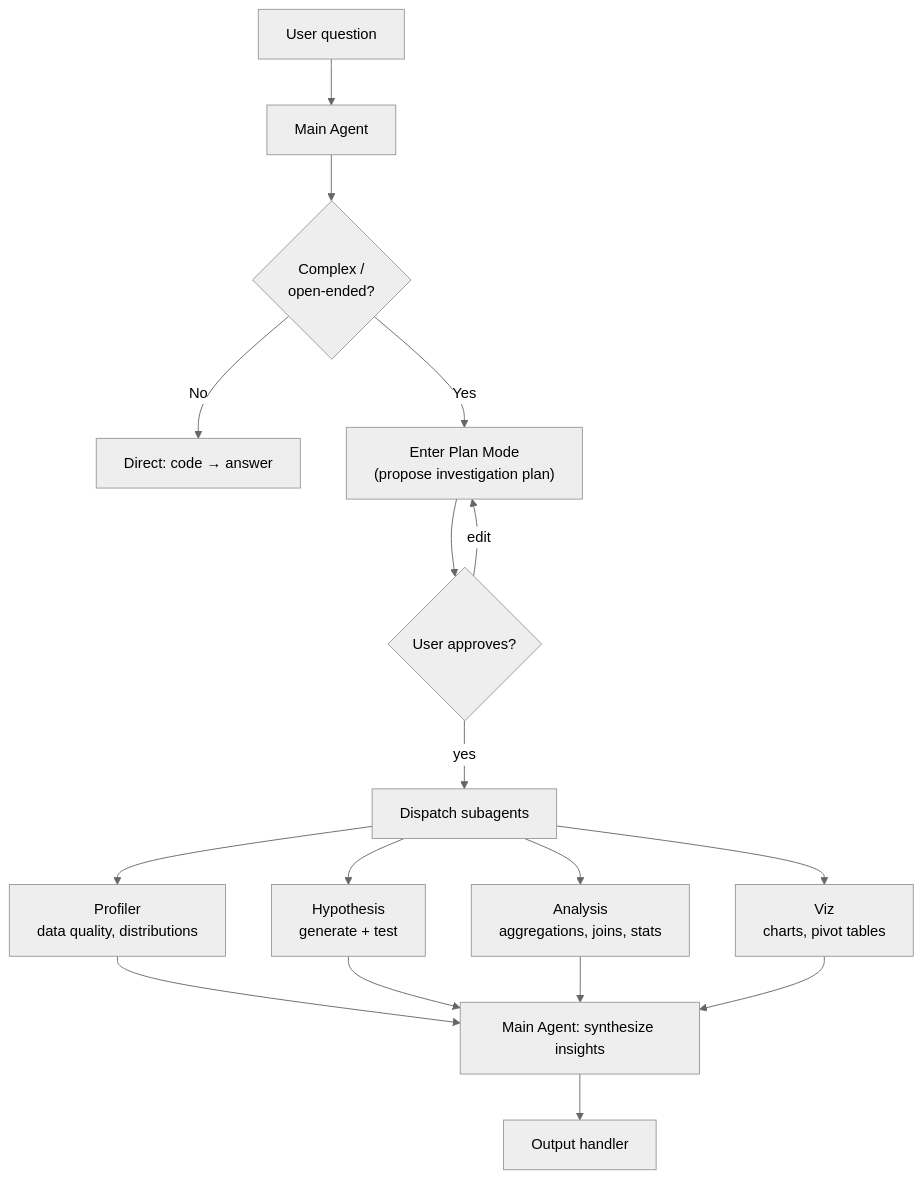
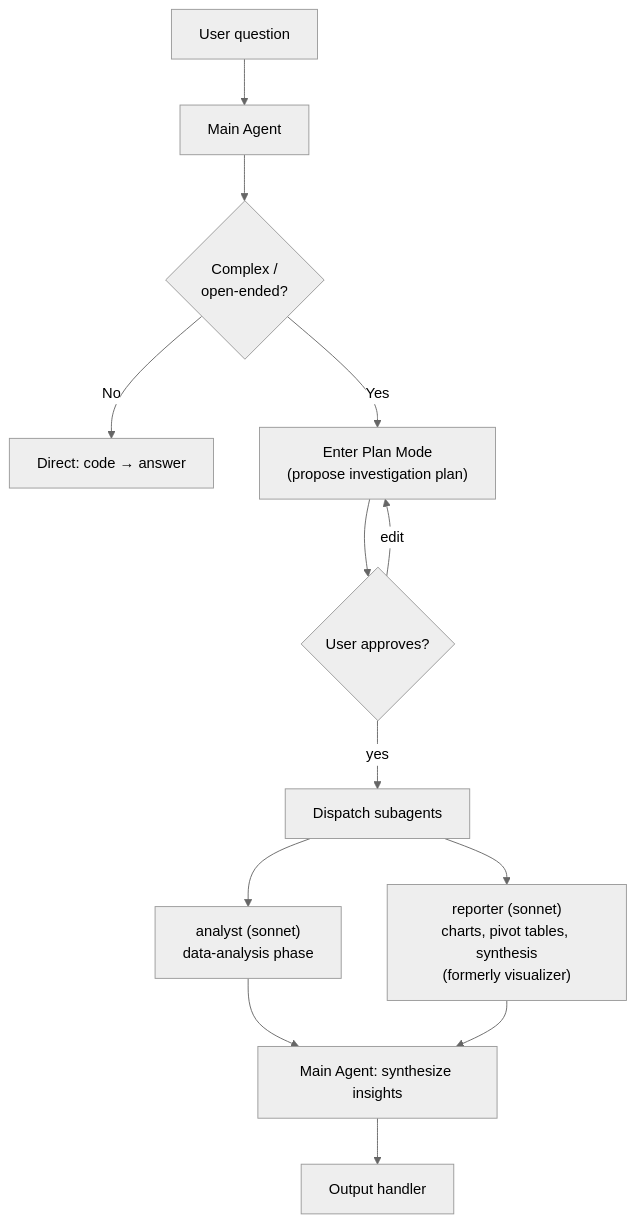
Before and after one commit to PhuongBui712/da-agent-be: the fifth of 11 diagrams in docs/technical-spec.md, drawn with Mermaid (neutral theme). The commit also changed other lines of this file and 2 other files, not shown here.

Commit message:
docs: refresh tech-spec, UI/UX spec, and module guide for Phase A layout

````diff
--- a/docs/technical-spec.md
+++ b/docs/technical-spec.md
@@ -294,17 +254,15 @@
 ```mermaid
 flowchart TB
   U["User question"] --> M["Main Agent"]
   M --> PM{"Complex /<br/>open-ended?"}
   PM -->|"No"| Q["Direct: code → answer"]
   PM -->|"Yes"| PLAN["Enter Plan Mode<br/>(propose investigation plan)"]
   PLAN --> APPROVE{"User approves?"}
   APPROVE -->|"edit"| PLAN
   APPROVE -->|"yes"| FAN["Dispatch subagents"]
 
-  FAN --> S1["Profiler<br/>data quality, distributions"]
-  FAN --> S2["Hypothesis<br/>generate + test"]
-  FAN --> S3["Analysis<br/>aggregations, joins, stats"]
-  FAN --> S4["Viz<br/>charts, pivot tables"]
-  S1 & S2 & S3 & S4 --> SYN["Main Agent: synthesize insights"]
+  FAN --> S1["analyst (sonnet)<br/>data-analysis phase"]
+  FAN --> S2["reporter (sonnet)<br/>charts, pivot tables, synthesis<br/>(formerly visualizer)"]
+  S1 & S2 --> SYN["Main Agent: synthesize insights"]
   SYN --> OUT["Output handler"]
 ```
````
